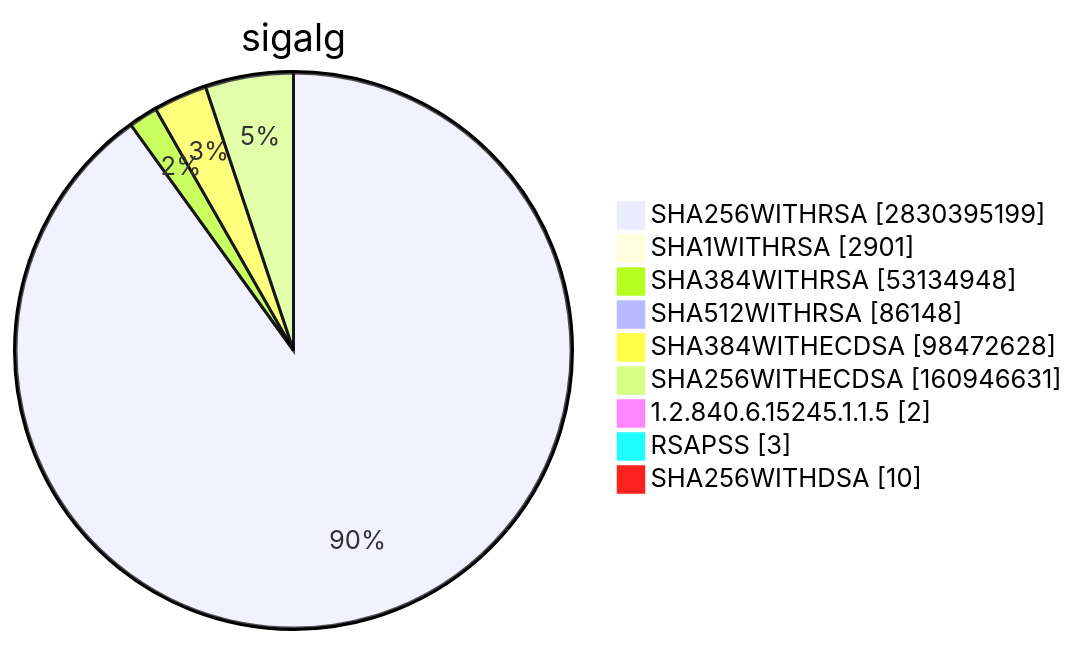
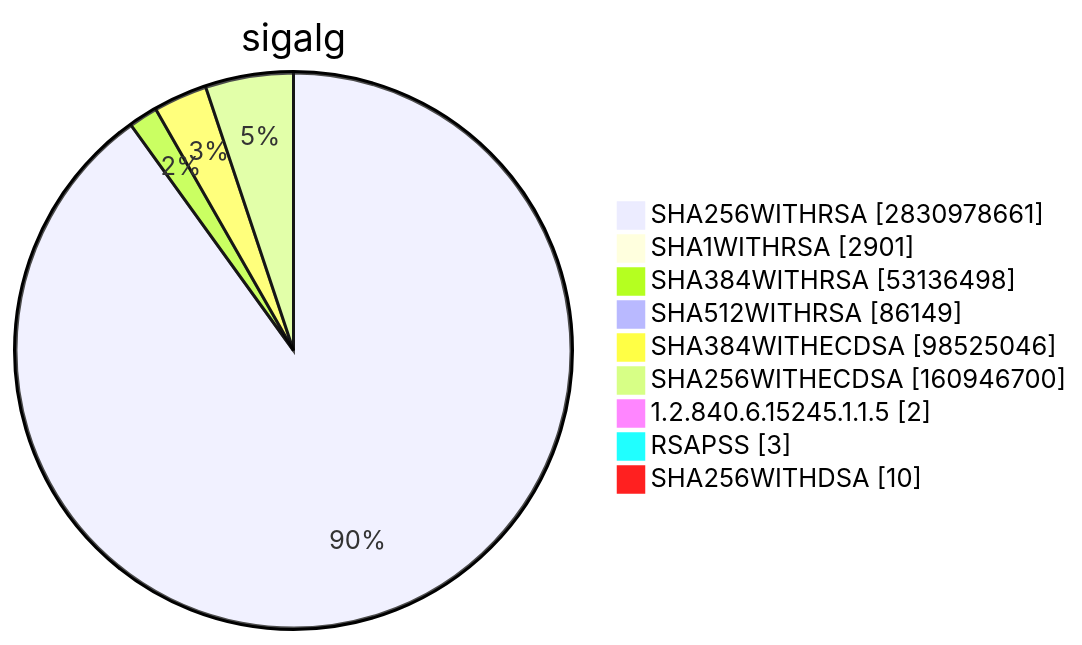
Before and after one commit to christiankrug/ctmonitor_visualization: diagram 15 of 15 in TOTAL/README.md, drawn with Mermaid. The commit also changed other lines of this file, not shown here.

````diff
--- a/TOTAL/README.md
+++ b/TOTAL/README.md
@@ -6207,13 +6207,13 @@
 ```mermaid
 pie showData
 title sigalg
-"SHA256WITHRSA" :2830395199
+"SHA256WITHRSA" :2830978661
 "SHA1WITHRSA" :2901
-"SHA384WITHRSA" :53134948
-"SHA512WITHRSA" :86148
-"SHA384WITHECDSA" :98472628
-"SHA256WITHECDSA" :160946631
+"SHA384WITHRSA" :53136498
+"SHA512WITHRSA" :86149
+"SHA384WITHECDSA" :98525046
+"SHA256WITHECDSA" :160946700
 "1.2.840.6.15245.1.1.5" :2
 "RSAPSS" :3
 "SHA256WITHDSA" :10
 ```
````
